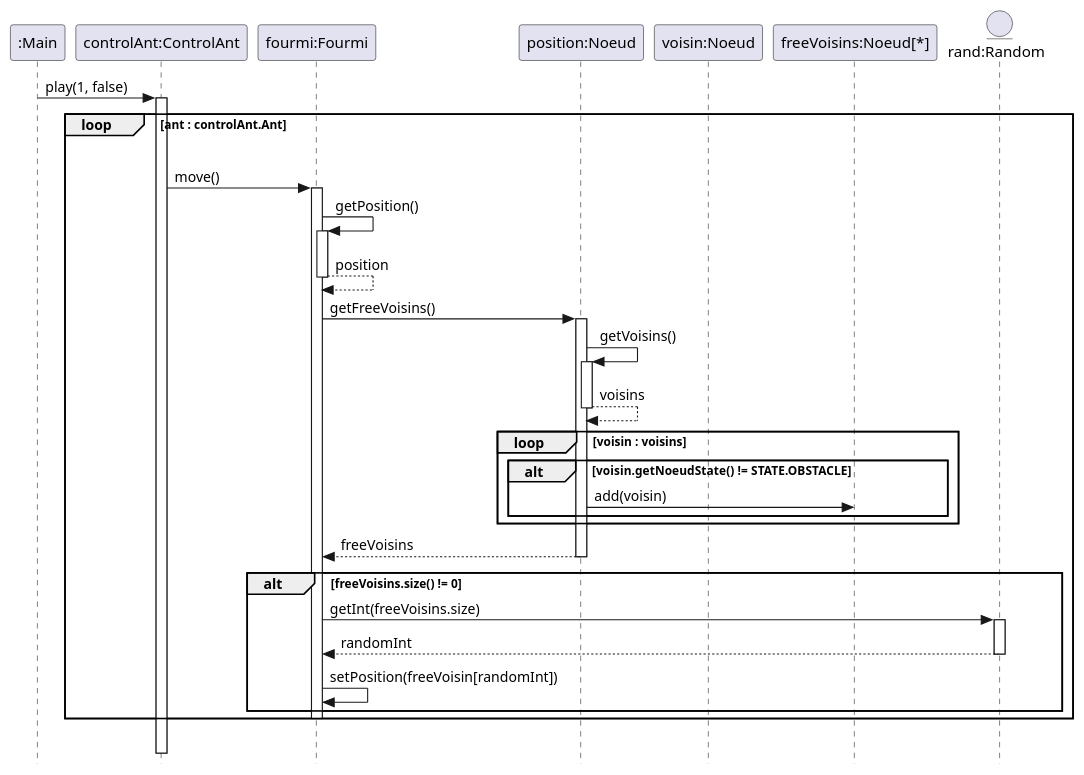
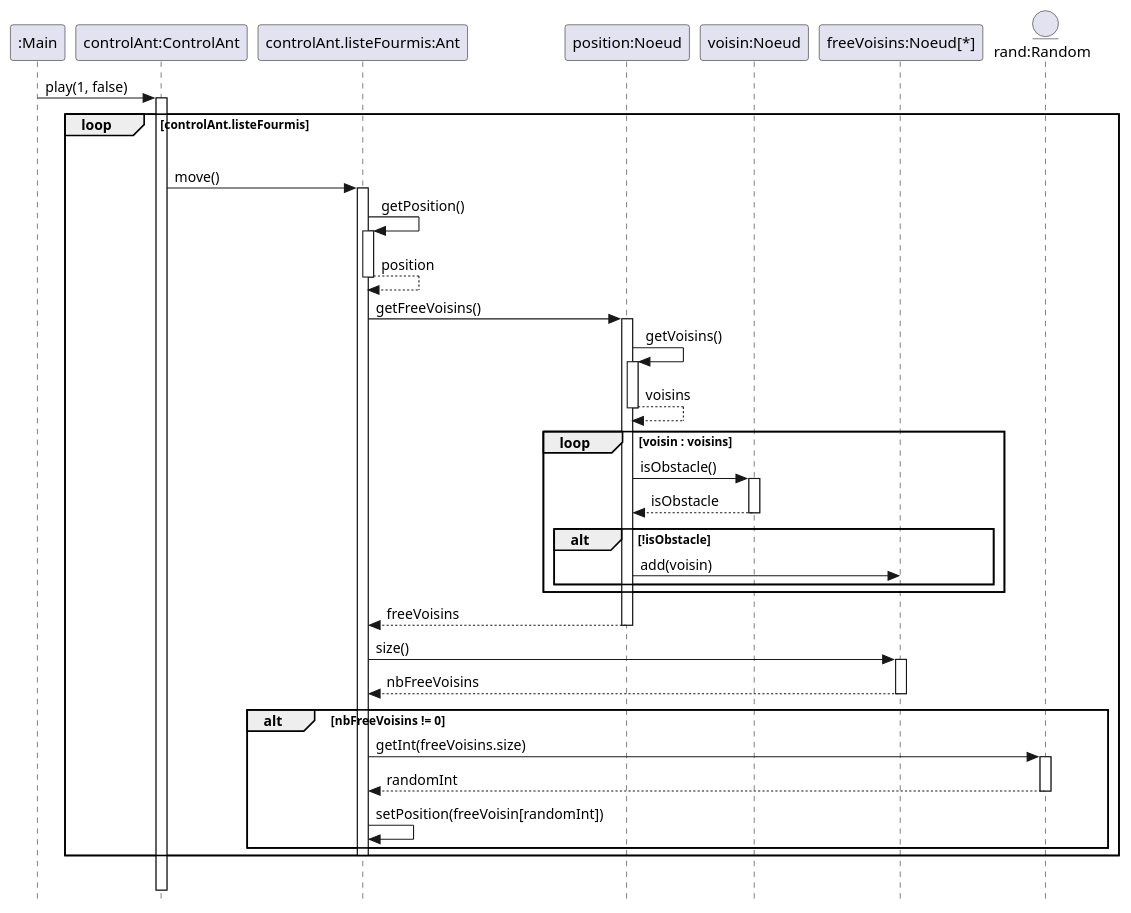
The diagram in src/main/uml/Fourmis_DS.puml (ErenMustafaGit/ColonieFourmis), drawn with PlantUML before and after one commit. The commit also changed 2 other files, not shown here.

```diff
--- a/src/main/uml/Fourmis_DS.puml
+++ b/src/main/uml/Fourmis_DS.puml
@@ -1,78 +1,83 @@
 @startuml
 'https://plantuml.com/sequence-diagram
 skinparam style strictuml
 'autonumber
 hide footbox
 
 'title Méthode jouer()
 participant ":Main" as main
 participant "controlAnt:ControlAnt" as controlAnt
-participant "fourmi:Fourmi" as ant
+participant "controlAnt.listeFourmis:Ant" as ant
 participant "position:Noeud" as position
 participant "voisin:Noeud" as voisin
 participant "freeVoisins:Noeud[*]" as freeVoisins
 entity "rand:Random" as random
 
 'Pour le bitset.. prof a dit pas besoin
 'participant ":Graphe" as graphe
 'participant "bitPlay:BitSet[][]" as bitPlay
 'participant "bitPlay[i][j]:BitSet" as bitSet
 
 main -> controlAnt ++ : play(1, false)
-    loop ant : controlAnt.Ant
+    loop controlAnt.listeFourmis
     |||
         controlAnt -> ant ++ : move()
         ant -> ant  ++ : getPosition()
         return position
 
         ant -> position ++ : getFreeVoisins()
             position -> position ++ : getVoisins()
             return voisins
             loop voisin : voisins
-                alt voisin.getNoeudState() != STATE.OBSTACLE
+
+            position -> voisin ++ : isObstacle()
+            return isObstacle
+
+                alt !isObstacle
                     position -> freeVoisins : add(voisin)
                 end
             end
         return freeVoisins
 
+        ant -> freeVoisins ++ : size()
+        return nbFreeVoisins
 
-
-        alt freeVoisins.size() != 0
+        alt nbFreeVoisins != 0
             'nextInt() en Java
             ant -> random ++ : getInt(freeVoisins.size)
             return randomInt
 
             ant -> ant : setPosition(freeVoisin[randomInt])
         end
         deactivate ant
     end
 |||
     'controlFourmi -> graphe ++ : getHeight
     'return height
     'controlFourmi -> graphe ++ : getWidth
     'return width
 
     'create bitPlay
     'controlFourmi -->> bitPlay : instanciate(height, width)
         'loop height
             'loop width
                 'create bitSet
                 'controlFourmi -->> bitSet : instanciate(7)
 
                 'controlFourmi -> graphe ++ : getNoeud(height,width)
                 'return noeud
                 'alt noeud.getNoeudState == STATE.ANTHILL
                     'controlFourmi -> bitSet : set(0,true)
                 'end
                 'alt noeud.getNoeudState == STATE.ANTHILL
                     'controlFourmi -> bitSet : set(0,true)
                 'end
             'end
             'return bitPlay
         'end
 
 deactivate controlAnt
 
 
 
 @enduml
```
